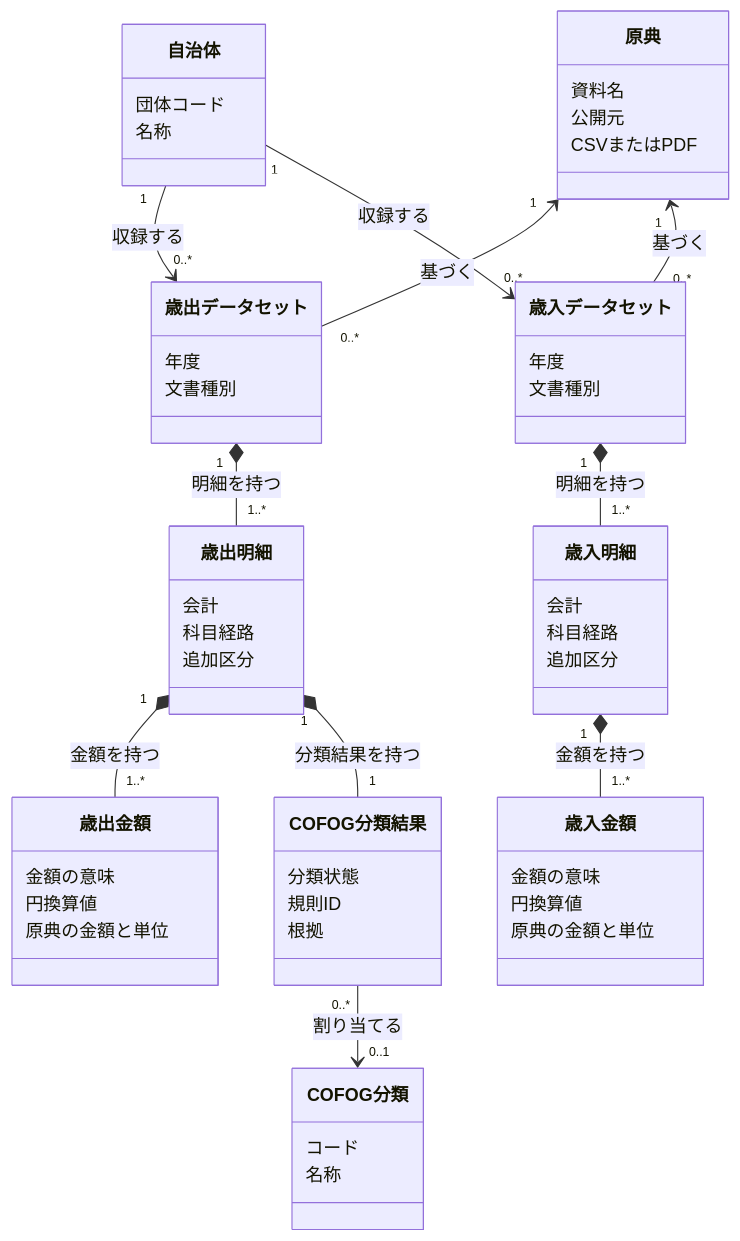
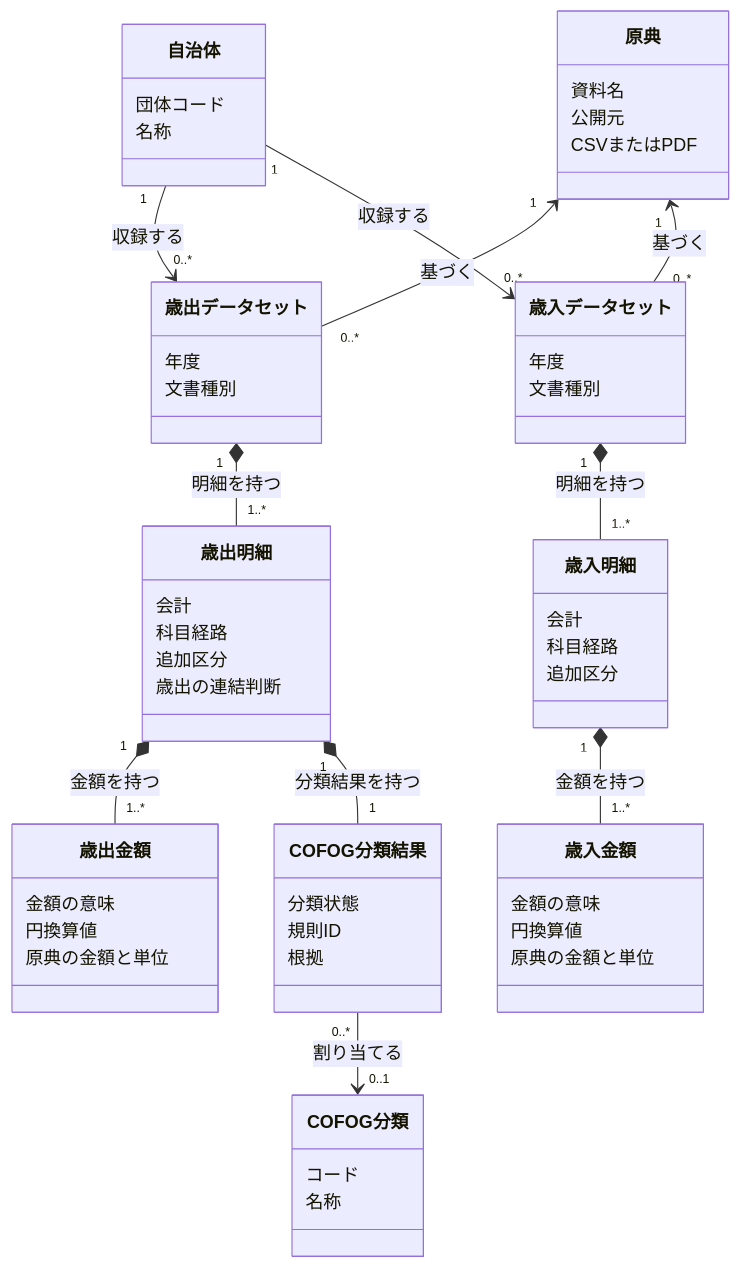
The second of 2 diagrams in docs/fiscal-domain-model.md (wwwyo/fudoki), drawn with Mermaid before and after one commit. The commit also changed other lines of this file, not shown here.

````diff
--- a/docs/fiscal-domain-model.md
+++ b/docs/fiscal-domain-model.md
@@ -7,60 +26,61 @@
 ```mermaid
 classDiagram
     direction TB
     class Jurisdiction["自治体"] {
         団体コード
         名称
     }
     class Origin["原典"] {
         資料名
         公開元
         CSVまたはPDF
     }
     class ExpenditureDataset["歳出データセット"] {
         年度
         文書種別
     }
     class RevenueDataset["歳入データセット"] {
         年度
         文書種別
     }
     class ExpenditureLine["歳出明細"] {
         会計
         科目経路
         追加区分
+        歳出の連結判断
     }
     class RevenueLine["歳入明細"] {
         会計
         科目経路
         追加区分
     }
     class ExpenditureAmount["歳出金額"] {
         金額の意味
         円換算値
         原典の金額と単位
     }
     class RevenueAmount["歳入金額"] {
         金額の意味
         円換算値
         原典の金額と単位
     }
     class CofogClassification["COFOG分類結果"] {
         分類状態
         規則ID
         根拠
     }
     class CofogCode["COFOG分類"] {
         コード
         名称
     }
     Jurisdiction "1" --> "0..*" ExpenditureDataset : 収録する
     Jurisdiction "1" --> "0..*" RevenueDataset : 収録する
     Origin "1" <-- "0..*" ExpenditureDataset : 基づく
     Origin "1" <-- "0..*" RevenueDataset : 基づく
     ExpenditureDataset "1" *-- "1..*" ExpenditureLine : 明細を持つ
     RevenueDataset "1" *-- "1..*" RevenueLine : 明細を持つ
     ExpenditureLine "1" *-- "1..*" ExpenditureAmount : 金額を持つ
     RevenueLine "1" *-- "1..*" RevenueAmount : 金額を持つ
     ExpenditureLine "1" *-- "1" CofogClassification : 分類結果を持つ
     CofogClassification "0..*" --> "0..1" CofogCode : 割り当てる
 ```
````
